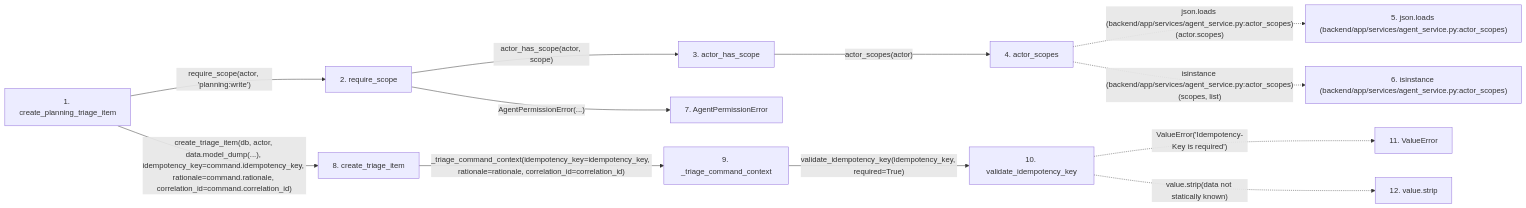
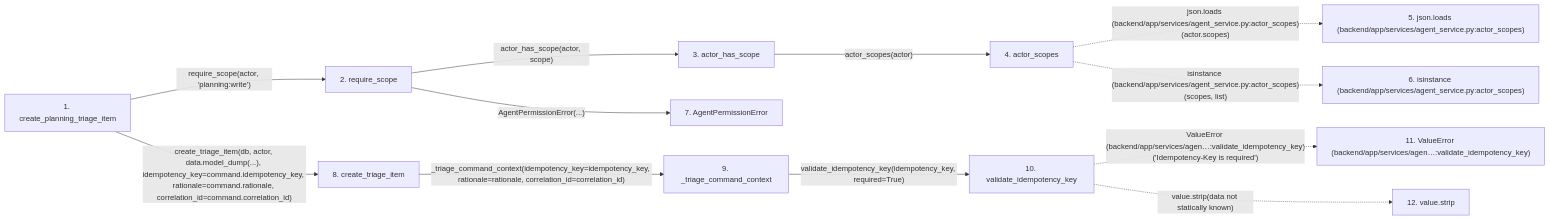
One commit to Denissvgn/WorkChord changed the second of 2 diagrams in docs/llm_wiki/flows/http-create_planning_triage_item.md. Above: the diagram before and after it, drawn with Mermaid. The commit also changed other lines of this file and 25171 other files, not shown here.

````diff
--- a/docs/llm_wiki/flows/http-create_planning_triage_item.md
+++ b/docs/llm_wiki/flows/http-create_planning_triage_item.md
@@ -90,34 +144,34 @@
 ```mermaid
 flowchart LR
     s1["1. create_planning_triage_item"]
     s2["2. require_scope"]
     s3["3. actor_has_scope"]
     s4["4. actor_scopes"]
     s5["5. json.loads (backend/app/services/agent_service.py:actor_scopes)"]
     s6["6. isinstance (backend/app/services/agent_service.py:actor_scopes)"]
     s7["7. AgentPermissionError"]
     s8["8. create_triage_item"]
     s9["9. _triage_command_context"]
     s10["10. validate_idempotency_key"]
-    s11["11. ValueError"]
+    s11["11. ValueError (backend/app/services/agen…:validate_idempotency_key)"]
     s12["12. value.strip"]
     s1 -->|"require_scope(actor, 'planning:write')"| s2
     s2 -->|"actor_has_scope(actor, scope)"| s3
     s3 -->|"actor_scopes(actor)"| s4
     s4 -. "json.loads (backend/app/services/agent_service.py:actor_scopes)(actor.scopes)" .-> s5
     s4 -. "isinstance (backend/app/services/agent_service.py:actor_scopes)(scopes, list)" .-> s6
     s2 -->|"AgentPermissionError(...)"| s7
     s1 -->|"create_triage_item(db, actor, data.model_dump(...), idempotency_key=command.idempotency_key, rationale=command.rationale, correlation_id=command.correlation_id)"| s8
     s8 -->|"_triage_command_context(idempotency_key=idempotency_key, rationale=rationale, correlation_id=correlation_id)"| s9
     s9 -->|"validate_idempotency_key(idempotency_key, required=True)"| s10
-    s10 -. "ValueError('Idempotency-Key is required')" .-> s11
+    s10 -. "ValueError (backend/app/services/agen…:validate_idempotency_key)('Idempotency-Key is required')" .-> s11
     s10 -. "value.strip(data not statically known)" .-> s12
     click s1 "../modules/routers_agent_planning.md"
     click s2 "../modules/agent_service.md"
     click s3 "../modules/agent_service.md"
     click s4 "../modules/agent_service.md"
     click s7 "../modules/agent_service.md"
     click s8 "../modules/mcp_agent_tools.md"
     click s9 "../modules/mcp_agent_tools.md"
     click s10 "../modules/agent_service.md"
 ```
````
